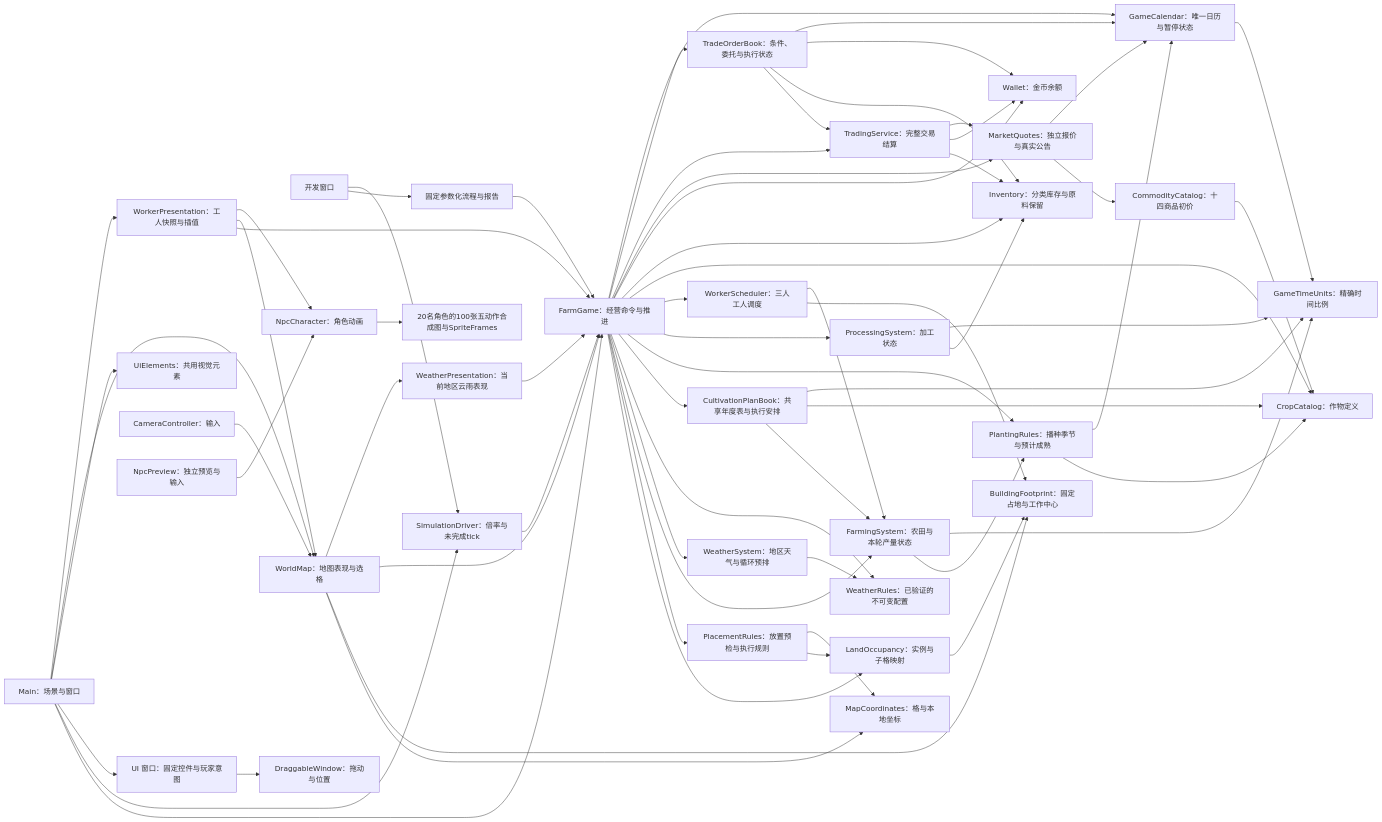
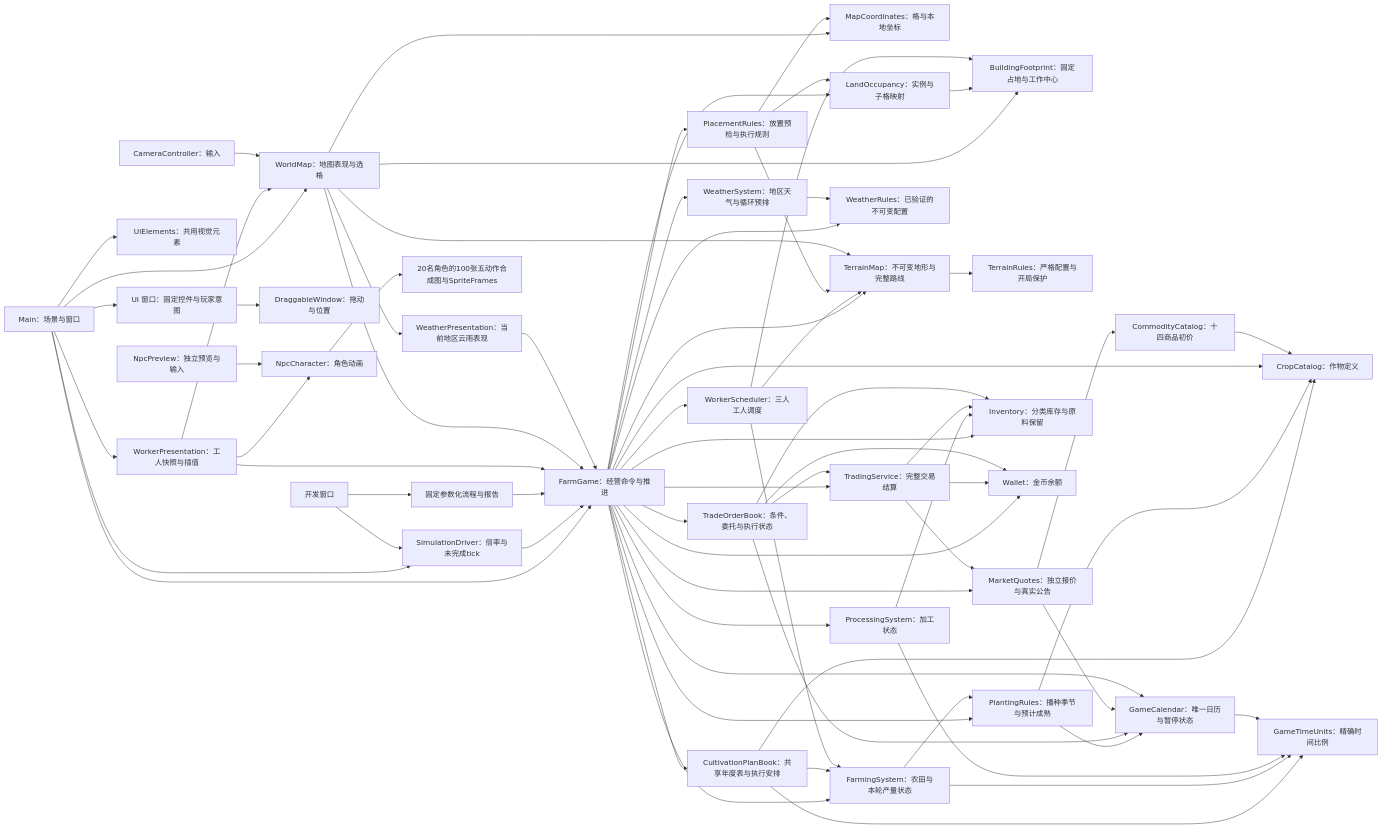
Before and after one commit to Fotally/Farm-Exchange: the diagram in docs/architecture/implementation-system-organization.md, drawn with Mermaid. The commit also changed other lines of this file and 164 other files, not shown here.

````diff
--- a/docs/architecture/implementation-system-organization.md
+++ b/docs/architecture/implementation-system-organization.md
@@ -5,67 +5,72 @@
 ```mermaid
 flowchart LR
     Main[Main：场景与窗口] --> FarmGame[FarmGame：经营命令与推进]
     Main --> Driver[SimulationDriver：倍率与未完成tick]
     Driver --> FarmGame
     DeveloperWindow[开发窗口] --> Scenario[固定参数化流程与报告]
     Scenario --> FarmGame
     DeveloperWindow --> Driver
     Main --> UiWindows[UI 窗口：固定控件与玩家意图]
     UiWindows --> DragWindow[DraggableWindow：拖动与位置]
     Main --> UiStyle[UiElements：共用视觉元素]
     Main --> WorldMap[WorldMap：地图表现与选格]
     Main --> WorkerPresentation[WorkerPresentation：工人快照与插值]
     WorkerPresentation --> FarmGame
     WorkerPresentation --> WorldMap
     WorkerPresentation --> NpcCharacter[NpcCharacter：角色动画]
     Camera[CameraController：输入] --> WorldMap
     WorldMap --> MapCoordinates[MapCoordinates：格与本地坐标]
     WorldMap --> Footprint
     WorldMap --> FarmGame
     FarmGame --> LandOccupancy[LandOccupancy：实例与子格映射]
+    FarmGame --> TerrainMap[TerrainMap：不可变地形与完整路线]
+    TerrainMap --> TerrainRules[TerrainRules：严格配置与开局保护]
+    WorkerScheduler --> TerrainMap
+    PlacementRules --> TerrainMap
+    WorldMap --> TerrainMap
     LandOccupancy --> Footprint[BuildingFootprint：固定占地与工作中心]
     WorkerScheduler --> Footprint
     FarmGame --> PlacementRules[PlacementRules：放置预检与执行规则]
     PlacementRules --> LandOccupancy
     PlacementRules --> MapCoordinates
     FarmGame --> FarmingSystem[FarmingSystem：农田与本轮产量状态]
     FarmGame --> WeatherSystem[WeatherSystem：地区天气与循环预排]
     FarmGame --> WeatherRules[WeatherRules：已验证的不可变配置]
     WeatherSystem --> WeatherRules
     WorldMap --> WeatherPresentation[WeatherPresentation：当前地区云雨表现]
     WeatherPresentation --> FarmGame
     FarmGame --> Cultivation[CultivationPlanBook：共享年度表与执行安排]
     Cultivation --> FarmingSystem
     Cultivation --> CropCatalog
     Cultivation --> GameTimeUnits
     FarmGame --> PlantingRules[PlantingRules：播种季节与预计成熟]
     FarmGame --> ProcessingSystem[ProcessingSystem：加工状态]
     FarmGame --> WorkerScheduler[WorkerScheduler：三人工人调度]
     WorkerScheduler --> FarmingSystem
     FarmingSystem --> PlantingRules
     PlantingRules --> CropCatalog
     PlantingRules --> GameCalendar
     FarmGame --> CropCatalog[CropCatalog：作物定义]
     FarmGame --> Inventory[Inventory：分类库存与原料保留]
     ProcessingSystem --> Inventory
     FarmGame --> Wallet[Wallet：金币余额]
     FarmGame --> Market[MarketQuotes：独立报价与真实公告]
     FarmGame --> Trading[TradingService：完整交易结算]
     Trading --> Inventory
     Trading --> Wallet
     Trading --> Market
     FarmGame --> Orders[TradeOrderBook：条件、委托与执行状态]
     Orders --> Trading
     Orders --> Inventory
     Orders --> Wallet
     Orders --> GameCalendar
     Market --> CommodityCatalog[CommodityCatalog：十四商品初价]
     CommodityCatalog --> CropCatalog
     Market --> GameCalendar
     FarmGame --> GameCalendar[GameCalendar：唯一日历与暂停状态]
     FarmingSystem --> GameTimeUnits[GameTimeUnits：精确时间比例]
     ProcessingSystem --> GameTimeUnits
     GameCalendar --> GameTimeUnits
     NpcPreview[NpcPreview：独立预览与输入] --> NpcCharacter
     NpcCharacter --> NpcSheets[20名角色的100张五动作合成图与SpriteFrames]
 ```
````
